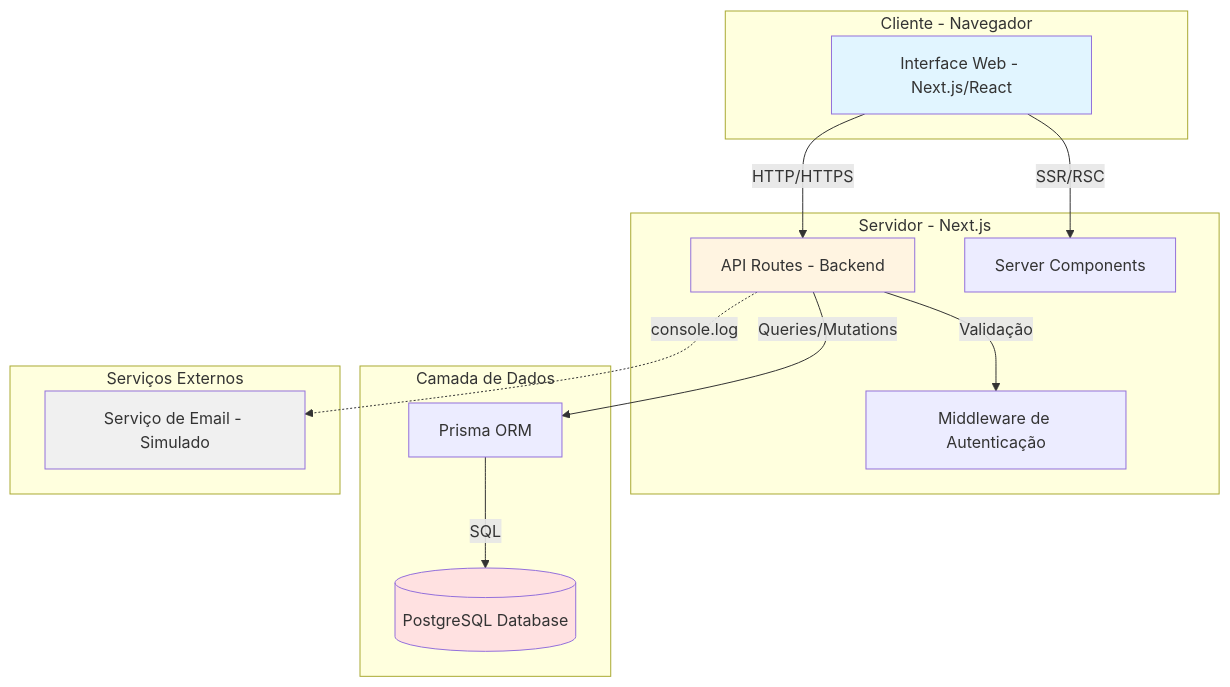
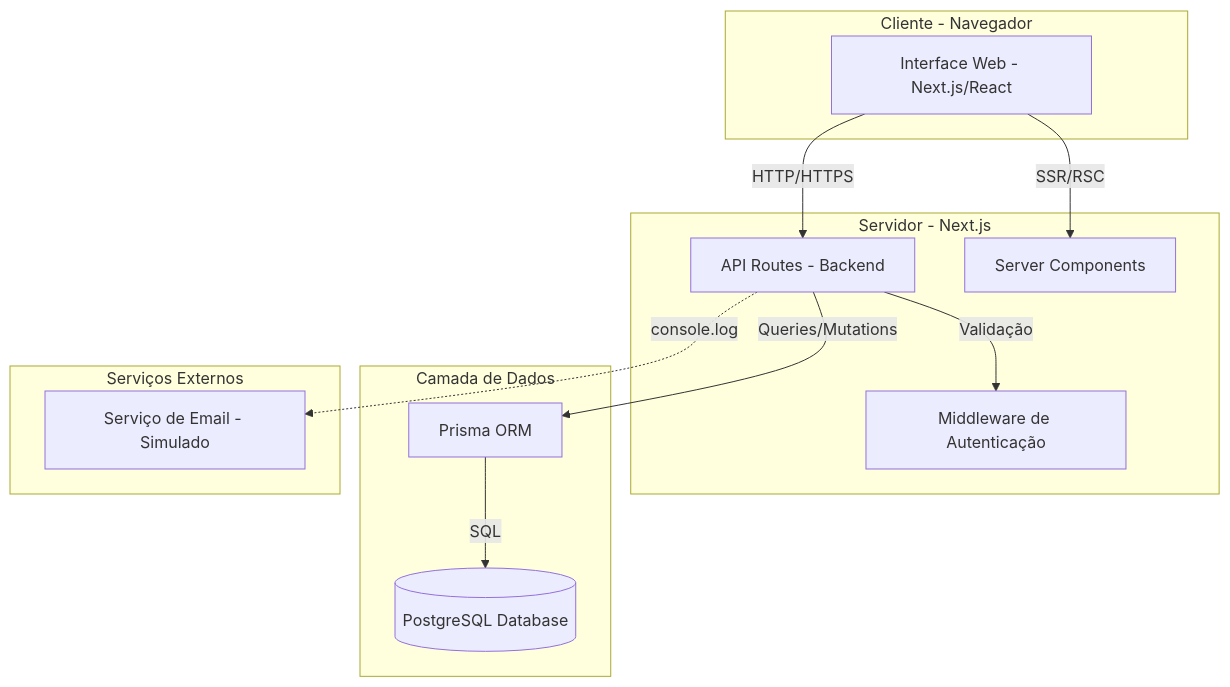
One commit to lfelipeapo/networking-platform changed the first of 2 diagrams in ARQUITETURA.md. Above: the diagram before and after it, drawn with Mermaid. The commit also changed other lines of this file and 4 other files, not shown here.

````diff
--- a/ARQUITETURA.md
+++ b/ARQUITETURA.md
@@ -23,33 +33,28 @@
 ```mermaid
 graph TB
     subgraph "Cliente - Navegador"
         A[Interface Web - Next.js/React]
     end
     
     subgraph "Servidor - Next.js"
         B[API Routes - Backend]
         C[Server Components]
         D[Middleware de Autenticação]
     end
     
     subgraph "Camada de Dados"
         E[(PostgreSQL Database)]
         F[Prisma ORM]
     end
     
     subgraph "Serviços Externos"
         G[Serviço de Email - Simulado]
     end
     
     A -->|HTTP/HTTPS| B
     A -->|SSR/RSC| C
     B -->|Validação| D
     B -->|Queries/Mutations| F
     F -->|SQL| E
     B -.->|console.log| G
-    
-    style A fill:#e1f5ff
-    style B fill:#fff4e1
-    style E fill:#ffe1e1
-    style G fill:#f0f0f0
 ```
````
